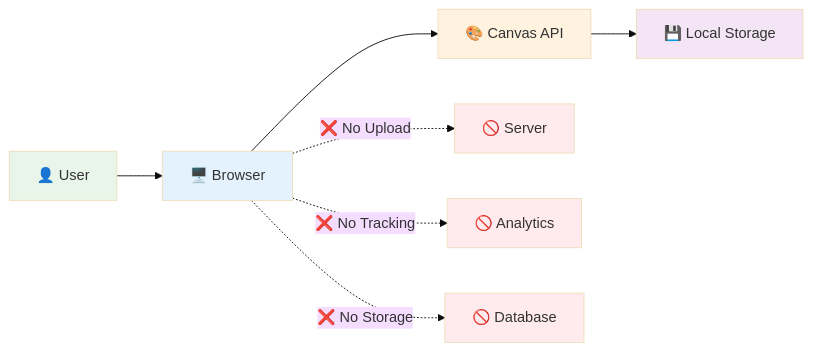
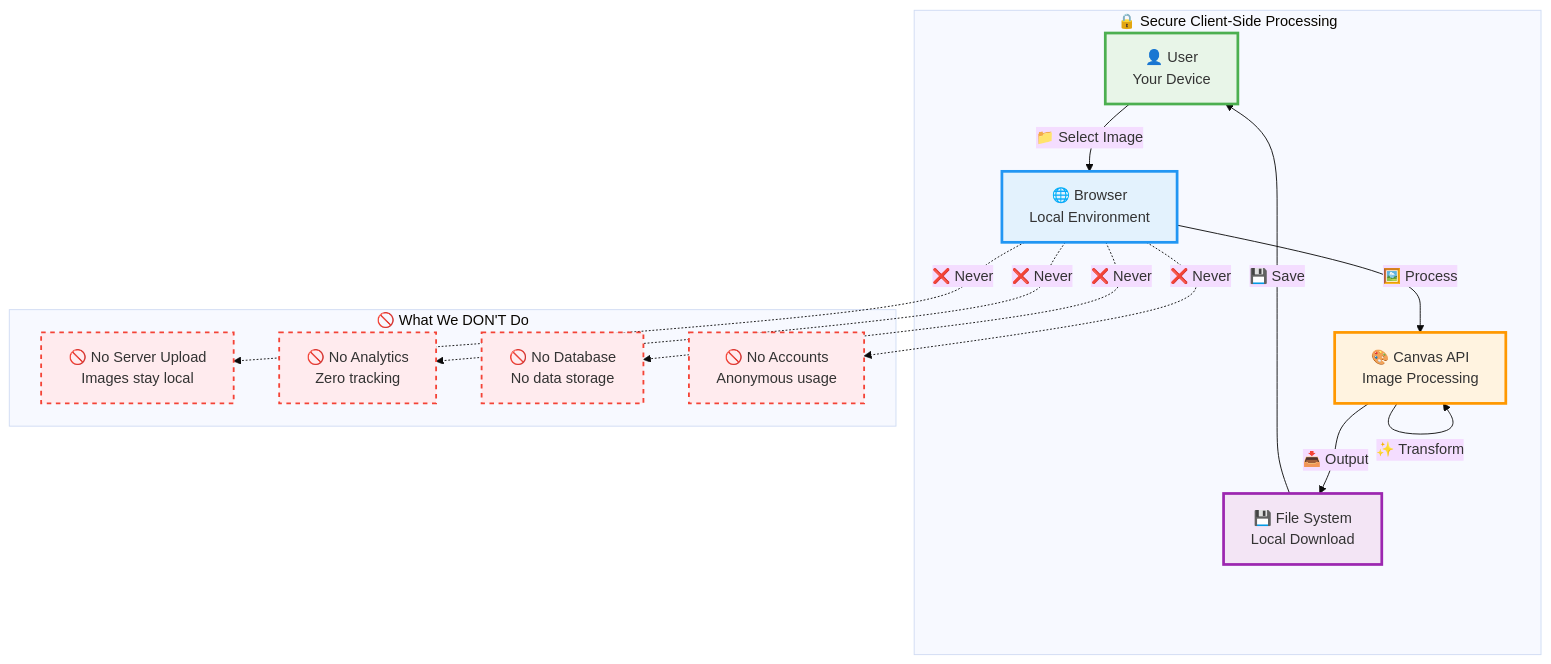
One commit to 27bhd/Pixscaler changed the eighth of 8 diagrams in README.md. Above: the diagram before and after it, drawn with Mermaid (base theme). The commit also changed other lines of this file, not shown here.

Commit message:
✨ Enhanced Mermaid diagrams with professional styling and detailed annotations

````diff
--- a/README.md
+++ b/README.md
@@ -394,18 +462,36 @@
 ```mermaid
-graph LR
-    A[👤 User] --> B[🖥️ Browser]
-    B --> C[🎨 Canvas API]
-    C --> D[💾 Local Storage]
+graph TB
+    subgraph "🔒 Secure Client-Side Processing"
+        A[👤 User<br/>Your Device]
+        B[🌐 Browser<br/>Local Environment]
+        C[🎨 Canvas API<br/>Image Processing]
+        D[💾 File System<br/>Local Download]
+    end
     
-    B -.->|❌ No Upload| E[🚫 Server]
-    B -.->|❌ No Tracking| F[🚫 Analytics]
-    B -.->|❌ No Storage| G[🚫 Database]
+    subgraph "🚫 What We DON'T Do"
+        E[🚫 No Server Upload<br/>Images stay local]
+        F[🚫 No Analytics<br/>Zero tracking]
+        G[🚫 No Database<br/>No data storage]
+        H[🚫 No Accounts<br/>Anonymous usage]
+    end
     
-    style A fill:#e8f5e8
-    style B fill:#e3f2fd
-    style C fill:#fff3e0
-    style D fill:#f3e5f5
-    style E fill:#ffebee
-    style F fill:#ffebee
-    style G fill:#ffebee
+    A -->|📁 Select Image| B
+    B -->|🖼️ Process| C
+    C -->|✨ Transform| C
+    C -->|📥 Output| D
+    D -->|💾 Save| A
+    
+    B -.->|❌ Never| E
+    B -.->|❌ Never| F
+    B -.->|❌ Never| G
+    B -.->|❌ Never| H
+    
+    style A fill:#e8f5e8,stroke:#4caf50,stroke-width:3px
+    style B fill:#e3f2fd,stroke:#2196f3,stroke-width:3px
+    style C fill:#fff3e0,stroke:#ff9800,stroke-width:3px
+    style D fill:#f3e5f5,stroke:#9c27b0,stroke-width:3px
+    style E fill:#ffebee,stroke:#f44336,stroke-width:2px,stroke-dasharray: 5 5
+    style F fill:#ffebee,stroke:#f44336,stroke-width:2px,stroke-dasharray: 5 5
+    style G fill:#ffebee,stroke:#f44336,stroke-width:2px,stroke-dasharray: 5 5
+    style H fill:#ffebee,stroke:#f44336,stroke-width:2px,stroke-dasharray: 5 5
 ```
````
